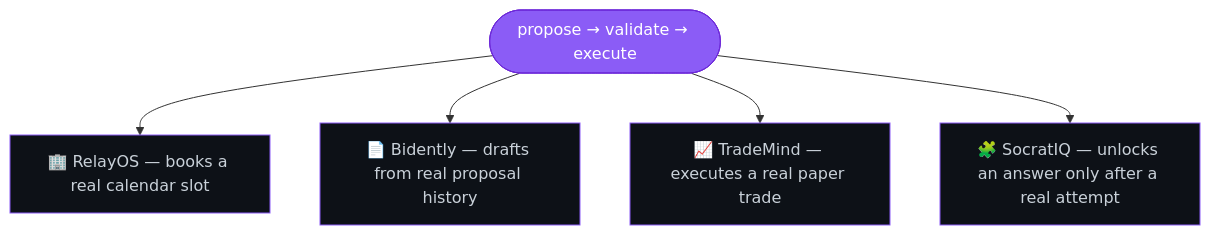
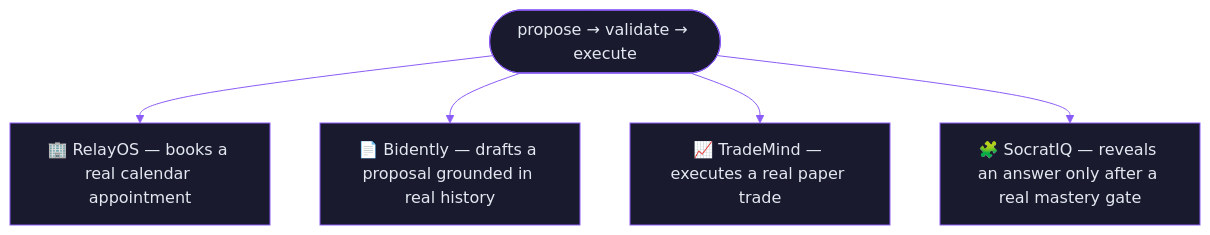
Before and after one commit to MuhammadBilal561/MuhammadBilal561: the second of 3 diagrams in README.md, drawn with Mermaid. The commit also changed other lines of this file, not shown here.

````diff
--- a/README.md
+++ b/README.md
@@ -34,11 +32,9 @@
 ```mermaid
+%%{init: {'theme':'base', 'themeVariables': {'primaryColor':'#1a1a2e','primaryTextColor':'#e2e8f0','primaryBorderColor':'#8b5cf6','lineColor':'#8b5cf6','background':'#0d1117'}}}%%
 flowchart TD
-    P(["propose → validate → execute"]):::core
-    P --> R["🏢 RelayOS — books a real calendar slot"]:::proof
-    P --> Bi["📄 Bidently — drafts from real proposal history"]:::proof
-    P --> T["📈 TradeMind — executes a real paper trade"]:::proof
-    P --> S["🧩 SocratIQ — unlocks an answer only after a real attempt"]:::proof
-
-    classDef core fill:#8B5CF6,stroke:#6D28D9,color:#fff
-    classDef proof fill:#0D1117,stroke:#8B5CF6,color:#C9D1D9
+    P(["propose → validate → execute"])
+    P --> R["🏢 RelayOS — books a real calendar appointment"]
+    P --> Bi["📄 Bidently — drafts a proposal grounded in real history"]
+    P --> T["📈 TradeMind — executes a real paper trade"]
+    P --> S["🧩 SocratIQ — reveals an answer only after a real mastery gate"]
 ```
````
